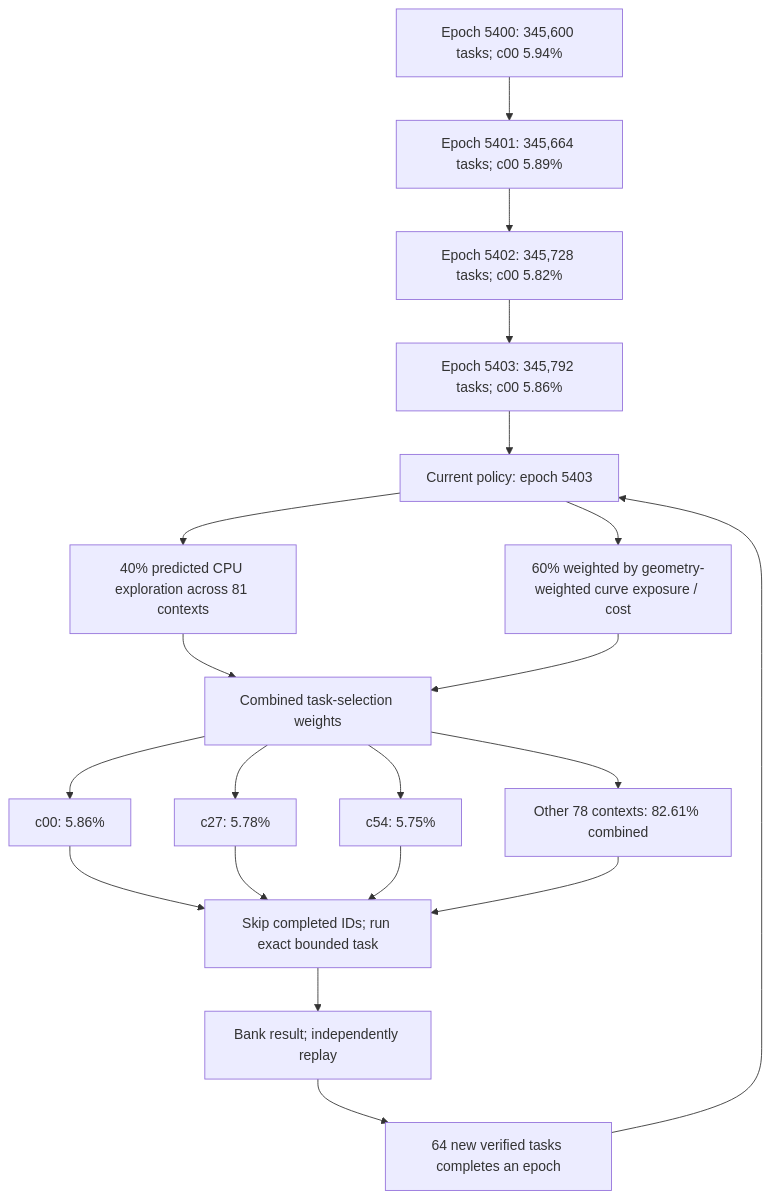
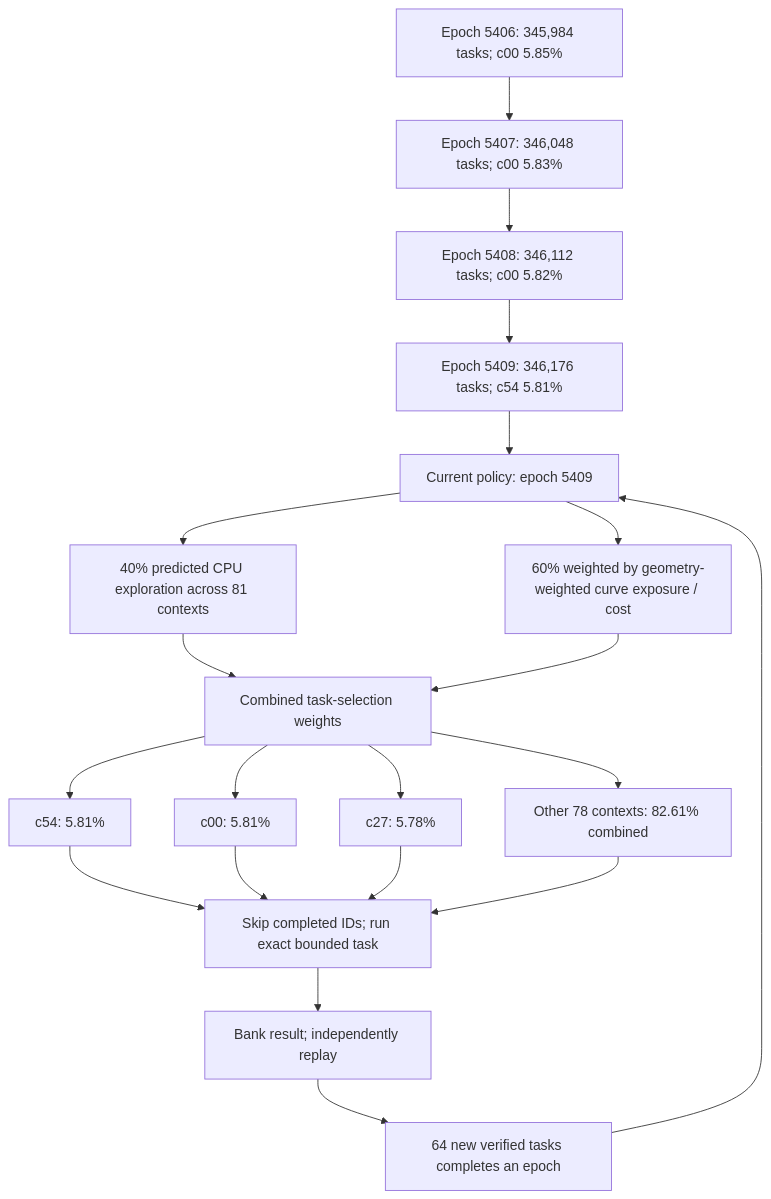
The first of 3 diagrams in README.md (Kuberwastaken/math-gambling), drawn with Mermaid before and after one commit. The commit also changed other lines of this file and 1268 other files, not shown here.

````diff
--- a/README.md
+++ b/README.md
@@ -60,27 +60,27 @@
 ```mermaid
 flowchart TD
-    H0["Epoch 5400: 345,600 tasks; c00 5.94%"]
-    H1["Epoch 5401: 345,664 tasks; c00 5.89%"]
+    H0["Epoch 5406: 345,984 tasks; c00 5.85%"]
+    H1["Epoch 5407: 346,048 tasks; c00 5.83%"]
     H0 --> H1
-    H2["Epoch 5402: 345,728 tasks; c00 5.82%"]
+    H2["Epoch 5408: 346,112 tasks; c00 5.82%"]
     H1 --> H2
-    H3["Epoch 5403: 345,792 tasks; c00 5.86%"]
+    H3["Epoch 5409: 346,176 tasks; c54 5.81%"]
     H2 --> H3
-    Policy["Current policy: epoch 5403"]
+    Policy["Current policy: epoch 5409"]
     H3 --> Policy
     Policy --> Explore["40% predicted CPU exploration across 81 contexts"]
     Policy --> Cost["60% weighted by geometry-weighted curve exposure / cost"]
     Explore --> Mix["Combined task-selection weights"]
     Cost --> Mix
-    Mix --> C0["c00: 5.86%"]
-    Mix --> C1["c27: 5.78%"]
-    Mix --> C2["c54: 5.75%"]
+    Mix --> C0["c54: 5.81%"]
+    Mix --> C1["c00: 5.81%"]
+    Mix --> C2["c27: 5.78%"]
     Mix --> Rest["Other 78 contexts: 82.61% combined"]
     C0 --> Check["Skip completed IDs; run exact bounded task"]
     C1 --> Check
     C2 --> Check
     Rest --> Check
     Check --> Replay["Bank result; independently replay"]
     Replay --> Gate["64 new verified tasks completes an epoch"]
     Gate --> Policy
 ```
````
